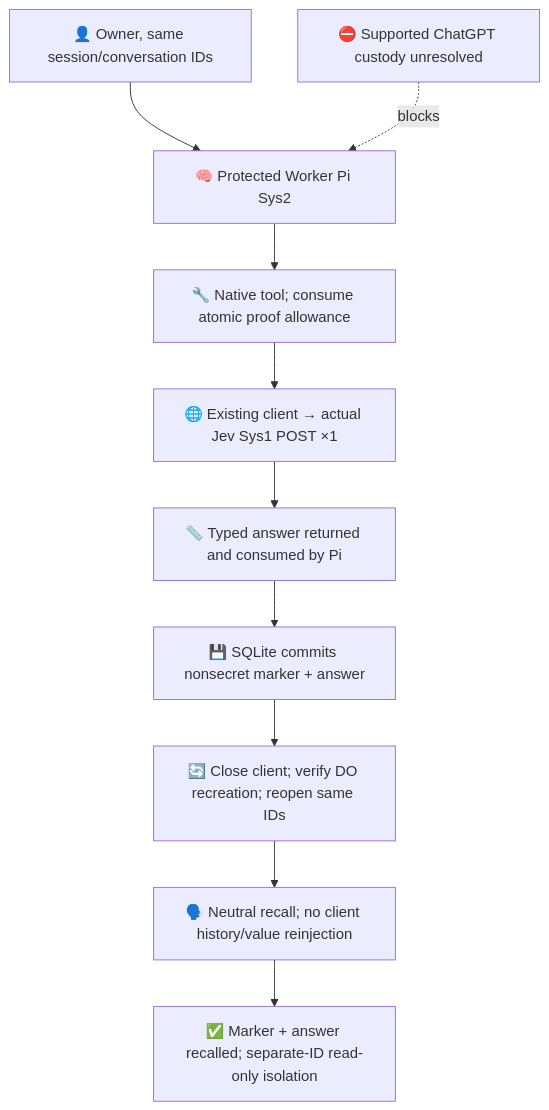
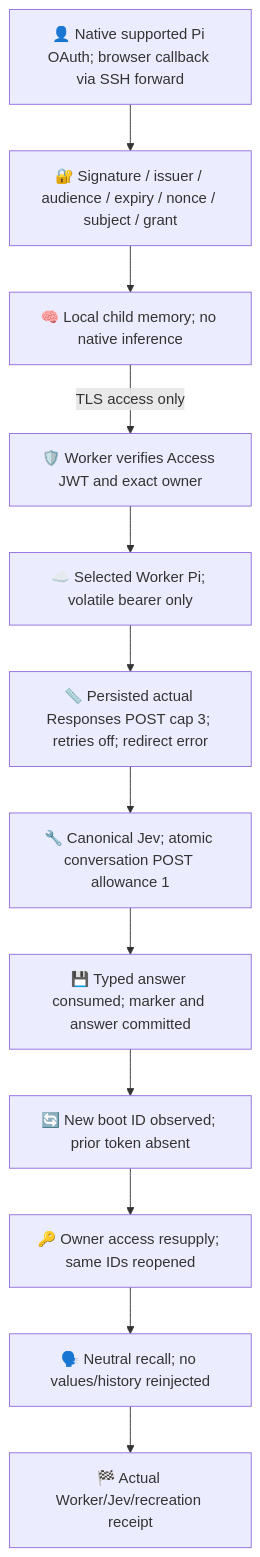
One commit to roccho-org/ops changed the second of 3 diagrams in experiments/pi-worker-proof/README.md. Above: the diagram before and after it, drawn with Mermaid. The commit also changed other lines of this file and 5 other files, not shown here.

Commit message:
Verify-transient-wire-and-recreation-boundaries

````diff
--- a/experiments/pi-worker-proof/README.md
+++ b/experiments/pi-worker-proof/README.md
@@ -34,12 +20,14 @@
 ```mermaid
 flowchart TB
-  User["👤 Owner, same session/conversation IDs"] --> Pi["🧠 Protected Worker Pi Sys2"]
-  Auth["⛔ Supported ChatGPT custody unresolved"] -. blocks .-> Pi
-  Pi --> Tool["🔧 Native tool; consume atomic proof allowance"]
-  Tool --> Jev["🌐 Existing client → actual Jev Sys1 POST ×1"]
-  Jev --> Use["📏 Typed answer returned and consumed by Pi"]
-  Use --> Commit["💾 SQLite commits nonsecret marker + answer"]
-  Commit --> Restart["🔄 Close client; verify DO recreation; reopen same IDs"]
-  Restart --> Recall["🗣️ Neutral recall; no client history/value reinjection"]
-  Recall --> Check["✅ Marker + answer recalled; separate-ID read-only isolation"]
+  Owner["👤 Native supported Pi OAuth; browser callback via SSH forward"] --> Verify["🔐 Signature / issuer / audience / expiry / nonce / subject / grant"]
+  Verify --> Memory["🧠 Local child memory; no native inference"]
+  Memory -->|"TLS access only"| Access["🛡️ Worker verifies Access JWT and exact owner"]
+  Access --> Pi["☁️ Selected Worker Pi; volatile bearer only"]
+  Pi --> Budget["📏 Persisted actual Responses POST cap 3; retries off; redirect error"]
+  Budget --> Jev["🔧 Canonical Jev; atomic conversation POST allowance 1"]
+  Jev --> Commit["💾 Typed answer consumed; marker and answer committed"]
+  Commit --> Recreate["🔄 New boot ID observed; prior token absent"]
+  Recreate --> Resupply["🔑 Owner access resupply; same IDs reopened"]
+  Resupply --> Recall["🗣️ Neutral recall; no values/history reinjected"]
+  Recall --> Proof["🏁 Actual Worker/Jev/recreation receipt"]
 ```
````
